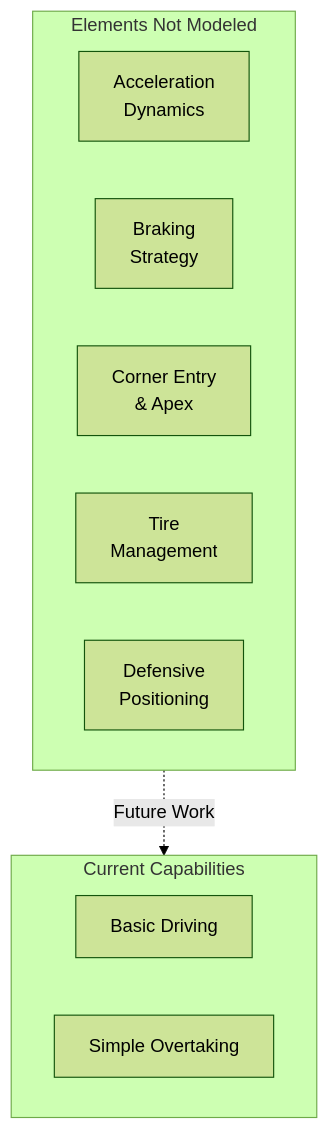
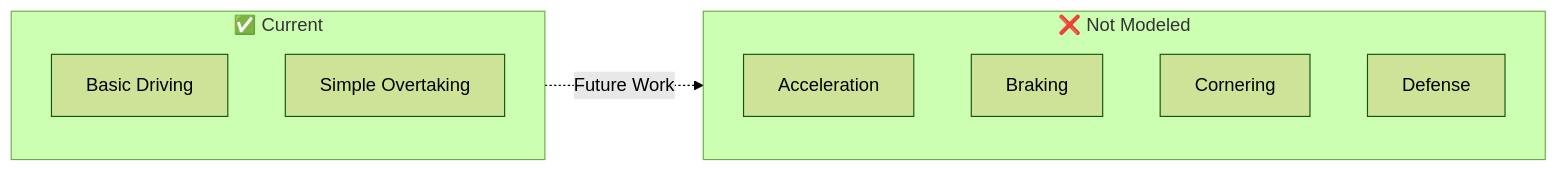
The eighth of 8 diagrams in _posts/project/2025-11-22-agent-mcqueen.md (leesg0107/leesg0107.github.io), drawn with Mermaid (forest theme) before and after one commit. The commit also changed other lines of this file, not shown here.

First line of the commit message:
Change vertical Mermaid diagrams to horizontal layout

```diff
--- a/_posts/project/2025-11-22-agent-mcqueen.md
+++ b/_posts/project/2025-11-22-agent-mcqueen.md
@@ -392,17 +351,16 @@
 <div class="mermaid">
-flowchart TB
-    subgraph MISSING["Elements Not Modeled"]
-        ACCEL["Acceleration<br/>Dynamics"]
-        BRAKE["Braking<br/>Strategy"]
-        CORNER["Corner Entry<br/>& Apex"]
-        TIRE["Tire<br/>Management"]
-        DEFEND["Defensive<br/>Positioning"]
-    end
-
-    subgraph CURRENT["Current Capabilities"]
+flowchart LR
+    subgraph CURRENT["✅ Current"]
         DRIVE["Basic Driving"]
         OVERTAKE["Simple Overtaking"]
     end
 
-    MISSING -.->|"Future Work"| CURRENT
+    subgraph MISSING["❌ Not Modeled"]
+        ACCEL["Acceleration"]
+        BRAKE["Braking"]
+        CORNER["Cornering"]
+        DEFEND["Defense"]
+    end
+
+    CURRENT -.->|"Future Work"| MISSING
 </div>
```
